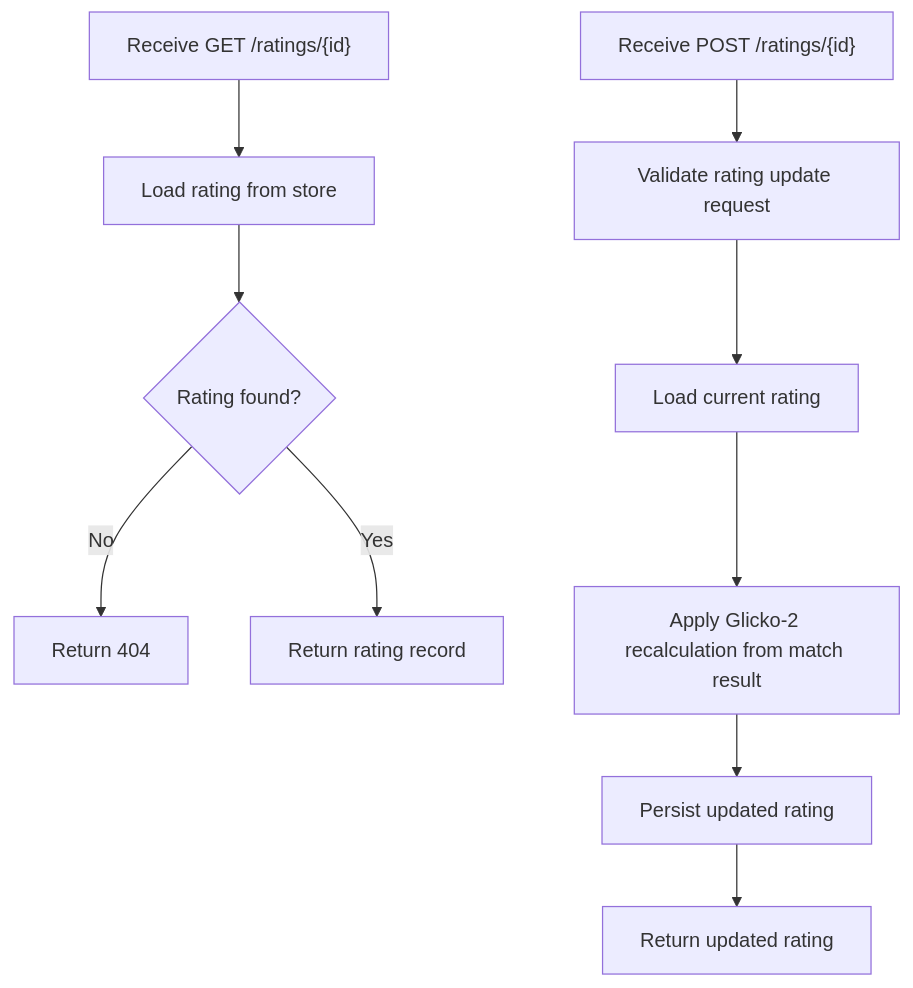
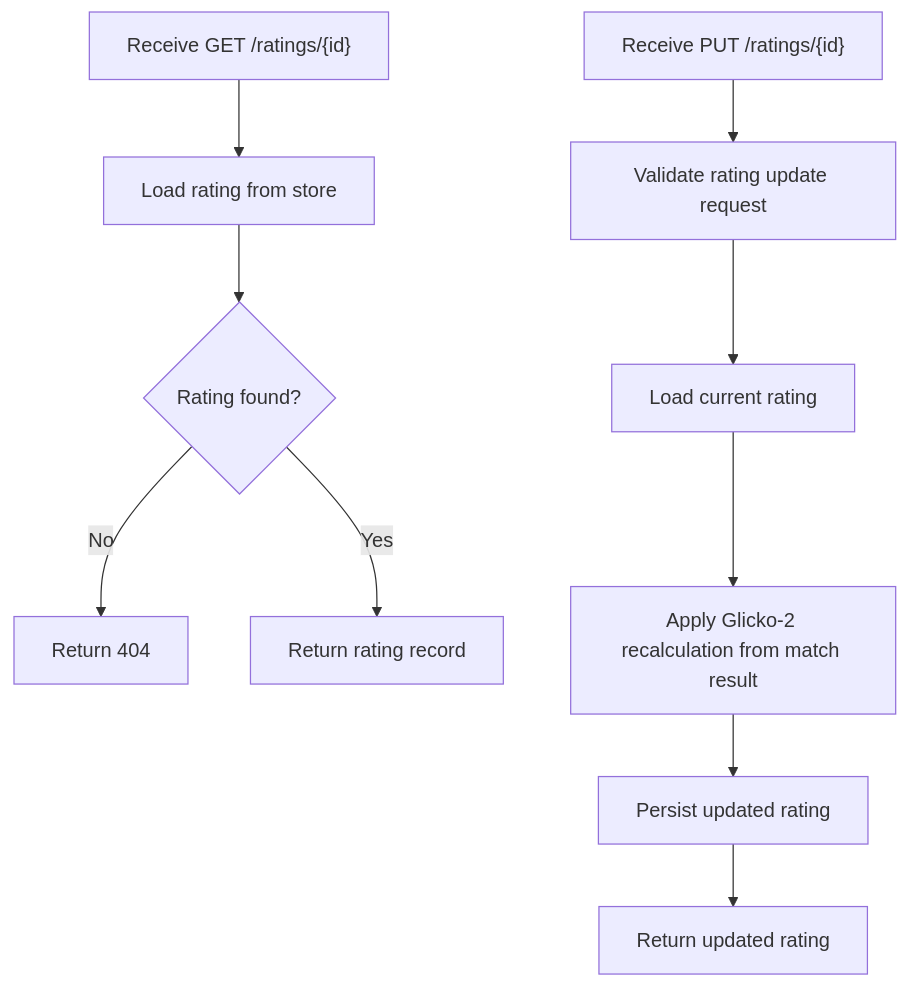
One commit to dpbL5/glicko2-matchmaking-system changed the seventh of 7 diagrams in docs/analysis-and-design.md. Above: the diagram before and after it, drawn with Mermaid. The commit also changed other lines of this file and 5 other files, not shown here.

````diff
--- a/docs/analysis-and-design.md
+++ b/docs/analysis-and-design.md
@@ -380,12 +380,12 @@
 ```mermaid
 flowchart TD
     A["Receive GET /ratings/{id}"] --> B[Load rating from store]
     B --> C{Rating found?}
     C -->|No| D[Return 404]
     C -->|Yes| E[Return rating record]
-    F["Receive POST /ratings/{id}"] --> G[Validate rating update request]
+    F["Receive PUT /ratings/{id}"] --> G[Validate rating update request]
     G --> H[Load current rating]
     H --> I[Apply Glicko-2 recalculation from match result]
     I --> J[Persist updated rating]
     J --> K[Return updated rating]
 ```
````
